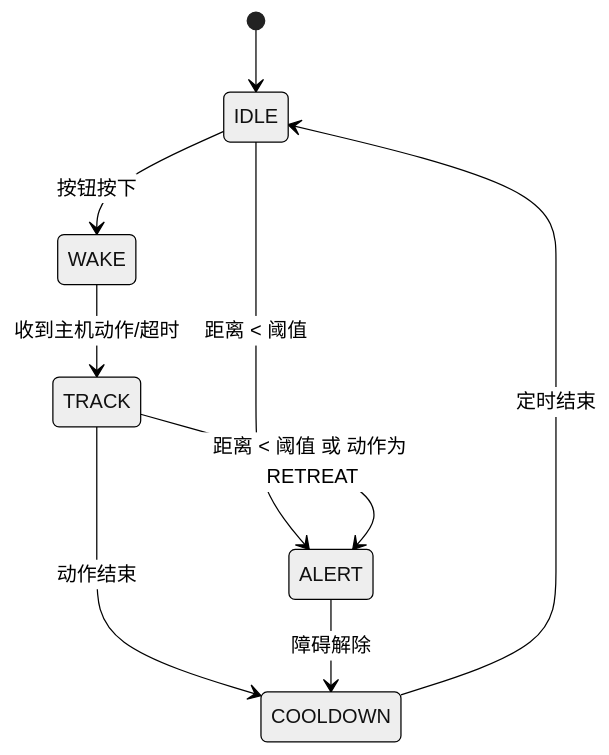
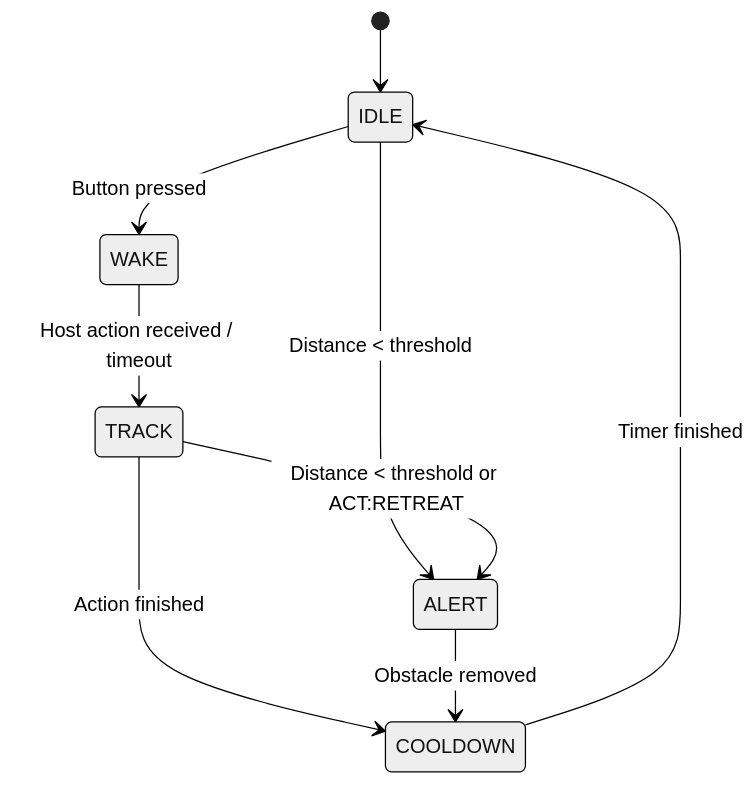
The second of 2 diagrams in docs/02_architecture.md (collinscallahang/minipal-aios-robot), drawn with Mermaid (neutral theme) before and after one commit. The commit also changed other lines of this file, not shown here.

Commit message:
docs: expand system architecture

````diff
--- a/docs/02_architecture.md
+++ b/docs/02_architecture.md
@@ -75,11 +109,11 @@
 ```mermaid
 stateDiagram-v2
     [*] --> IDLE
-    IDLE --> WAKE: 按钮按下
-    IDLE --> ALERT: 距离 < 阈值
-    WAKE --> TRACK: 收到主机动作/超时
-    TRACK --> ALERT: 距离 < 阈值 或 动作为 RETREAT
-    TRACK --> COOLDOWN: 动作结束
-    ALERT --> COOLDOWN: 障碍解除
-    COOLDOWN --> IDLE: 定时结束
+    IDLE --> WAKE: Button pressed
+    IDLE --> ALERT: Distance < threshold
+    WAKE --> TRACK: Host action received / timeout
+    TRACK --> ALERT: Distance < threshold or ACT:RETREAT
+    TRACK --> COOLDOWN: Action finished
+    ALERT --> COOLDOWN: Obstacle removed
+    COOLDOWN --> IDLE: Timer finished
 ```
````
